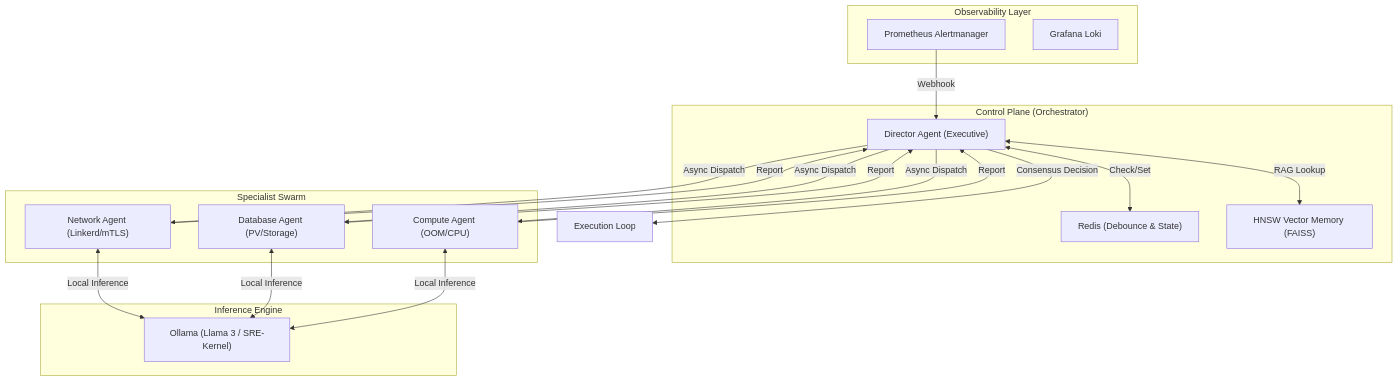
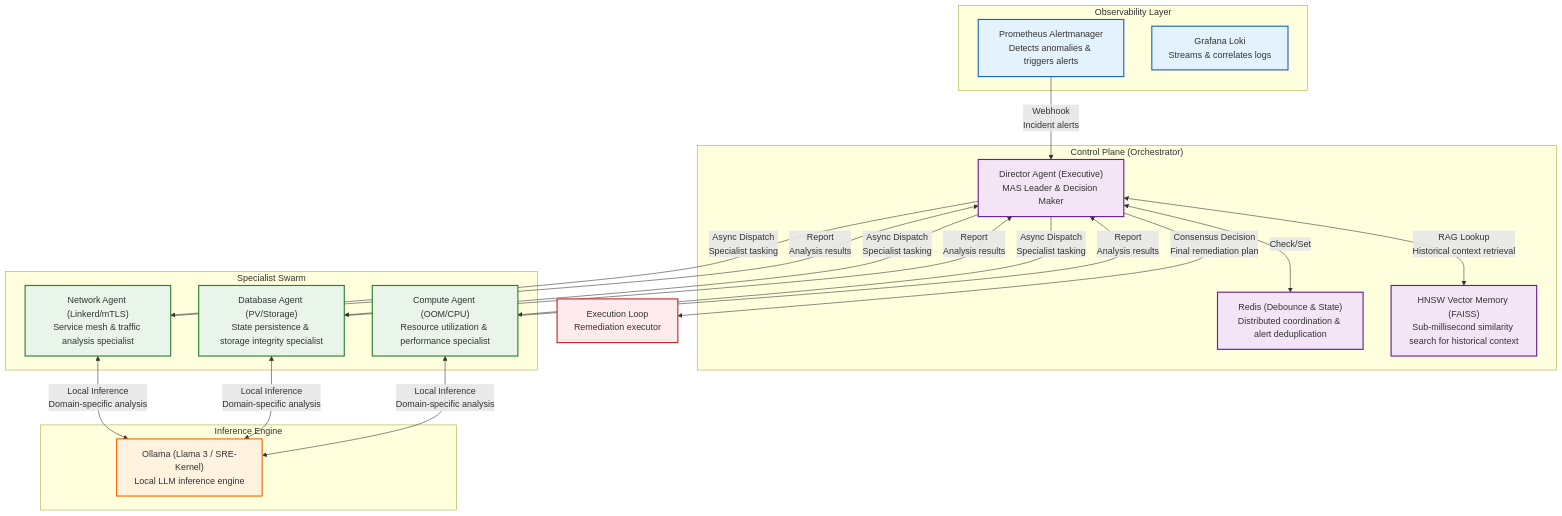
One commit to fbscotta369/ai4all-sre changed the first of 4 diagrams in README.md. Above: the diagram before and after it, drawn with Mermaid. The commit also changed other lines of this file and 2 other files, not shown here.

````diff
--- a/README.md
+++ b/README.md
@@ -27,31 +27,45 @@
 ```mermaid
 graph TB
     subgraph "Observability Layer"
-        ALM["Prometheus Alertmanager"]
-        LOKI["Grafana Loki"]
+        ALM["Prometheus Alertmanager<br/>Detects anomalies & triggers alerts"]
+        LOKI["Grafana Loki<br/>Streams & correlates logs"]
     end
 
     subgraph "Control Plane (Orchestrator)"
-        DIR["Director Agent (Executive)"]
-        RED["Redis (Debounce & State)"]
-        FAISS["HNSW Vector Memory (FAISS)"]
+        DIR["Director Agent (Executive)<br/>MAS Leader & Decision Maker"]
+        RED["Redis (Debounce & State)<br/>Distributed coordination & alert deduplication"]
+        FAISS["HNSW Vector Memory (FAISS)<br/>Sub-millisecond similarity search for historical context"]
     end
 
     subgraph "Specialist Swarm"
-        NET["Network Agent (Linkerd/mTLS)"]
-        DB["Database Agent (PV/Storage)"]
-        COMP["Compute Agent (OOM/CPU)"]
+        NET["Network Agent (Linkerd/mTLS)<br/>Service mesh & traffic analysis specialist"]
+        DB["Database Agent (PV/Storage)<br/>State persistence & storage integrity specialist"]
+        COMP["Compute Agent (OOM/CPU)<br/>Resource utilization & performance specialist"]
     end
 
     subgraph "Inference Engine"
-        OLL["Ollama (Llama 3 / SRE-Kernel)"]
+        OLL["Ollama (Llama 3 / SRE-Kernel)<br/>Local LLM inference engine"]
     end
 
-    ALM -->|Webhook| DIR
+    %% Data flows
+    ALM -->|Webhook<br/>Incident alerts| DIR
     DIR <-->|Check/Set| RED
-    DIR -->|Async Dispatch| NET & DB & COMP
-    NET & DB & COMP <-->|Local Inference| OLL
-    DIR <-->|RAG Lookup| FAISS
-    NET & DB & COMP -->|Report| DIR
-    DIR -->|Consensus Decision| EXEC["Execution Loop"]
+    DIR -->|Async Dispatch<br/>Specialist tasking| NET & DB & COMP
+    NET & DB & COMP <-->|Local Inference<br/>Domain-specific analysis| OLL
+    DIR <-->|RAG Lookup<br/>Historical context retrieval| FAISS
+    NET & DB & COMP -->|Report<br/>Analysis results| DIR
+    DIR -->|Consensus Decision<br/>Final remediation plan| EXEC["Execution Loop<br/>Remediation executor"]
+
+    %% Styling for clarity
+    classDef observatory fill:#e3f2fd,stroke:#1565c0,stroke-width:2px;
+    classDef control fill:#f3e5f5,stroke:#6a1b9a,stroke-width:2px;
+    classDef specialist fill:#e8f5e8,stroke:#2e7d32,stroke-width:2px;
+    classDef inference fill:#fff3e0,stroke:#ef6c00,stroke-width:2px;
+    classDef execution fill:#ffebee,stroke:#c62828,stroke-width:2px;
+    
+    class ALM,LOKI observatory;
+    class DIR,RED,FAISS control;
+    class NET,DB,COMP specialist;
+    class OLL inference;
+    class EXEC execution;
 ```
````
